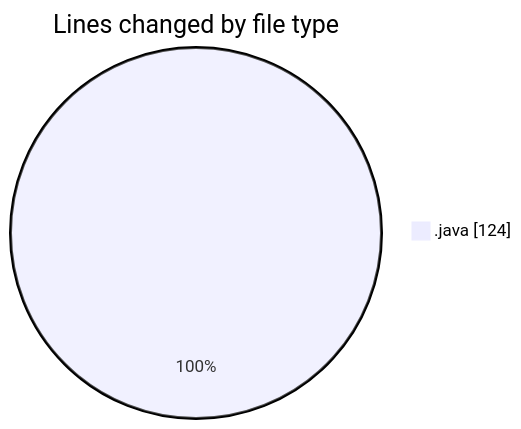
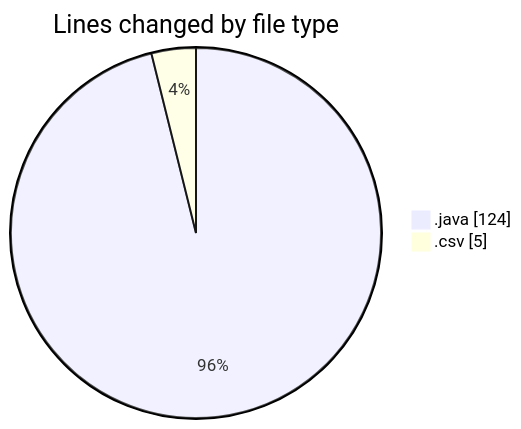
The first of 2 diagrams in 2026-09-10/cilapp/README.md (ricardozamudiocil/code-tracking), drawn with Mermaid before and after one commit. The commit also changed other lines of this file and 1 other file, not shown here.

````diff
--- a/2026-09-10/cilapp/README.md
+++ b/2026-09-10/cilapp/README.md
@@ -21,5 +22,6 @@
 ```mermaid
 pie showData
 title Lines changed by file type
 ".java" : 124
+".csv" : 5
 ```
````
